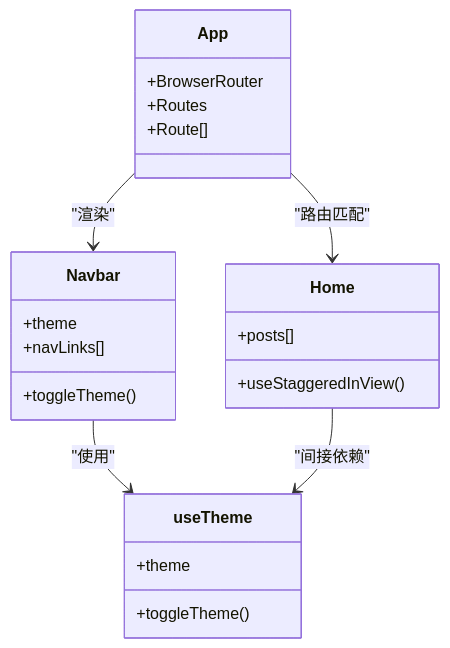
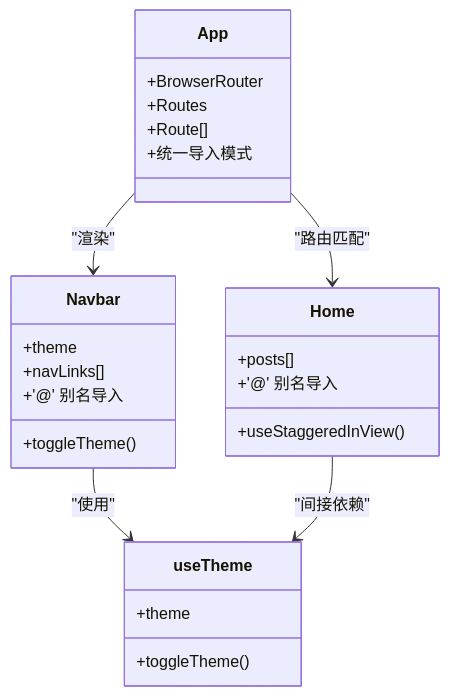
The third of 4 diagrams in .qoder/repowiki/zh/content/项目架构/构建配置.md (InfSky-233/B02), drawn with Mermaid before and after one commit. The commit also changed other lines of this file and 12 other files, not shown here.

````diff
--- a/.qoder/repowiki/zh/content/项目架构/构建配置.md
+++ b/.qoder/repowiki/zh/content/项目架构/构建配置.md
@@ -189,25 +211,28 @@
 ```mermaid
 classDiagram
 class App {
 +BrowserRouter
 +Routes
 +Route[]
++统一导入模式
 }
 class Navbar {
 +theme
 +toggleTheme()
 +navLinks[]
++'@' 别名导入
 }
 class Home {
 +posts[]
 +useStaggeredInView()
++'@' 别名导入
 }
 class useTheme {
 +theme
 +toggleTheme()
 }
 App --> Navbar : "渲染"
 App --> Home : "路由匹配"
 Navbar --> useTheme : "使用"
 Home --> useTheme : "间接依赖"
 ```
````
